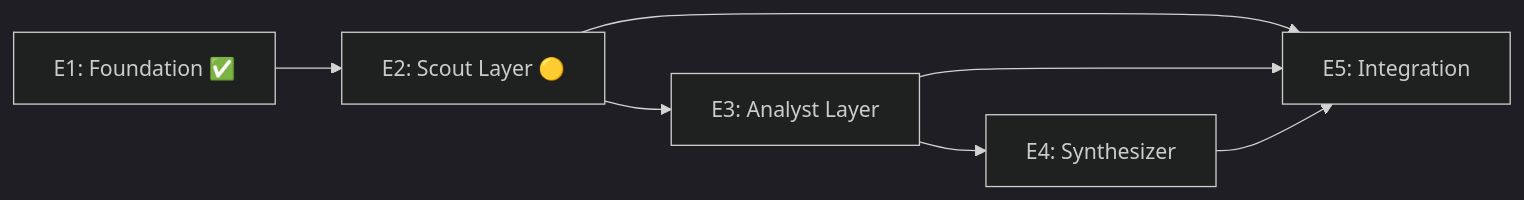
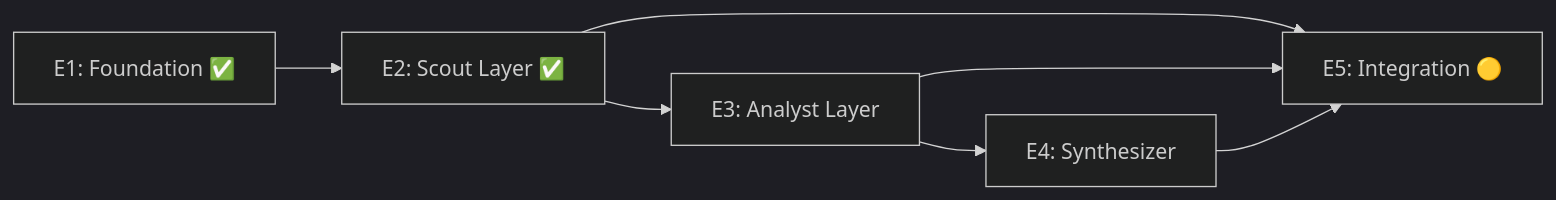
One commit to Hams-Ollo/open-sousveillance-studio changed the second of 2 diagrams in docs/PROJECT_MANAGEMENT.md. Above: the diagram before and after it, drawn with Mermaid (dark theme). The commit also changed other lines of this file and 5 other files, not shown here.

````diff
--- a/docs/PROJECT_MANAGEMENT.md
+++ b/docs/PROJECT_MANAGEMENT.md
@@ -63,9 +63,9 @@
 ```mermaid
 flowchart LR
-    E1[E1: Foundation ✅] --> E2[E2: Scout Layer 🟡]
+    E1[E1: Foundation ✅] --> E2[E2: Scout Layer ✅]
     E2 --> E3[E3: Analyst Layer]
     E3 --> E4[E4: Synthesizer]
-    E2 --> E5[E5: Integration]
+    E2 --> E5[E5: Integration 🟡]
     E3 --> E5
     E4 --> E5
 ```
````
